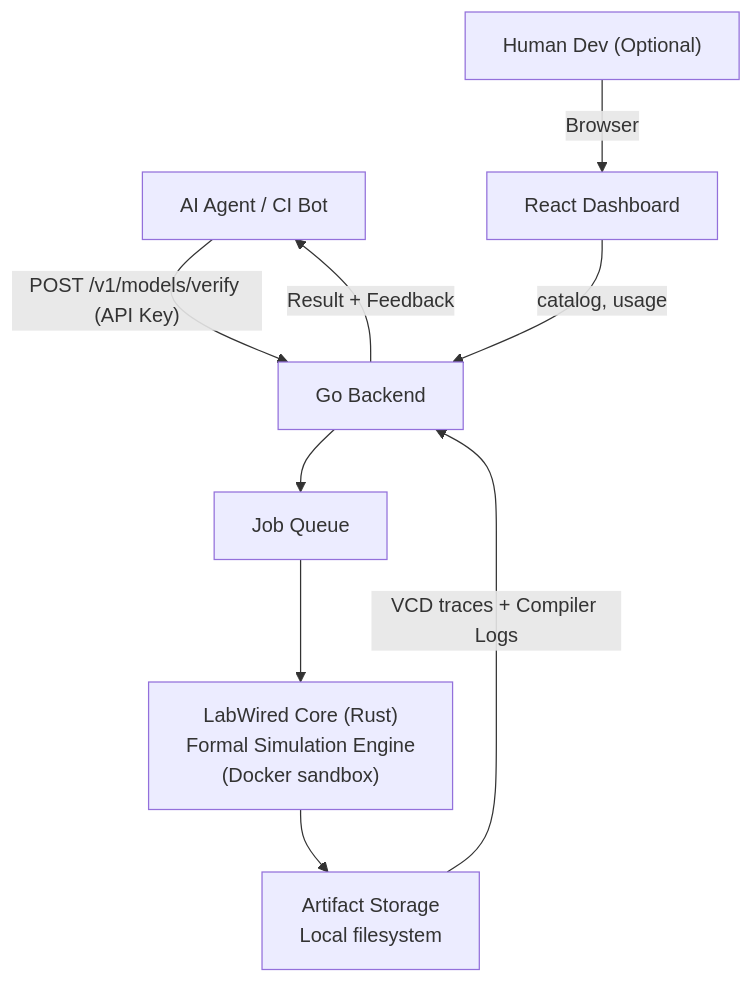
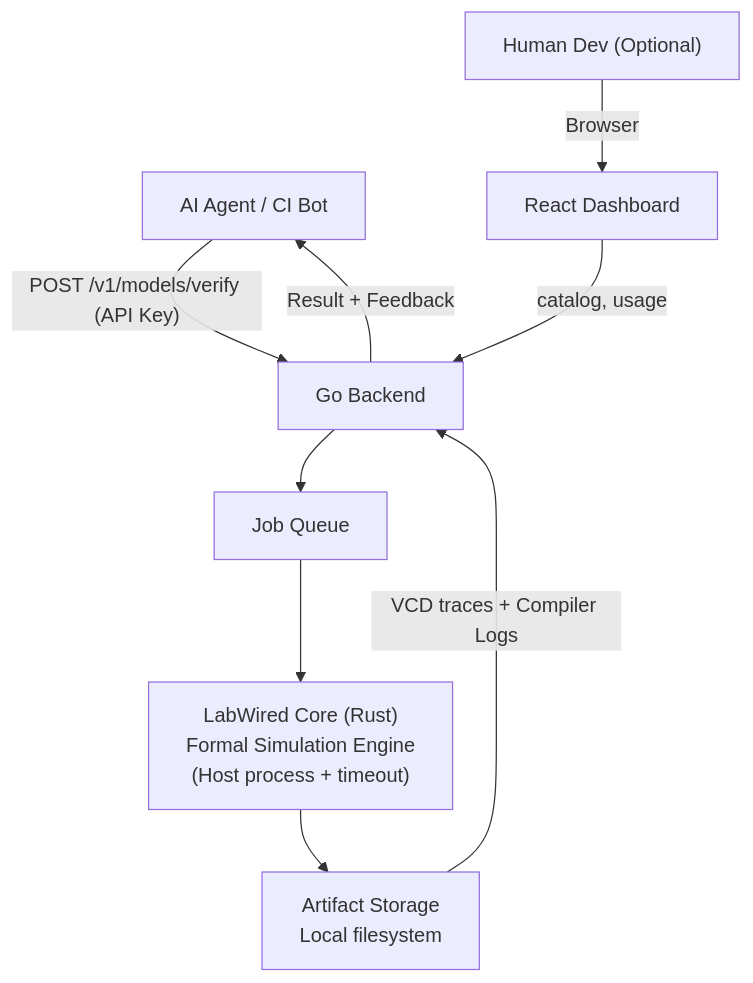
Before and after one commit to w1ne/labwired-core: the diagram in docs/specs/FOUNDRY_SPEC.md, drawn with Mermaid. The commit also changed other lines of this file and 16 other files, not shown here.

Commit message:
feat(foundry): harden backend architecture, retention, and API coverage

````diff
--- a/docs/specs/FOUNDRY_SPEC.md
+++ b/docs/specs/FOUNDRY_SPEC.md
@@ -26,12 +26,12 @@
 ```mermaid
 graph TD
     A["AI Agent / CI Bot"] -->|"POST /v1/models/verify (API Key)"| B[Go Backend]
     B --> C[Job Queue]
-    C --> D["LabWired Core (Rust)\nFormal Simulation Engine\n(Docker sandbox)"]
+    C --> D["LabWired Core (Rust)\nFormal Simulation Engine\n(Host process + timeout)"]
     D --> E[Artifact Storage\nLocal filesystem]
     E -->|"VCD traces + Compiler Logs"| B
     B -->|"Result + Feedback"| A
 
     F["Human Dev (Optional)"] -->|"Browser"| G[React Dashboard]
     G -->|"catalog, usage"| B
 ```
````
